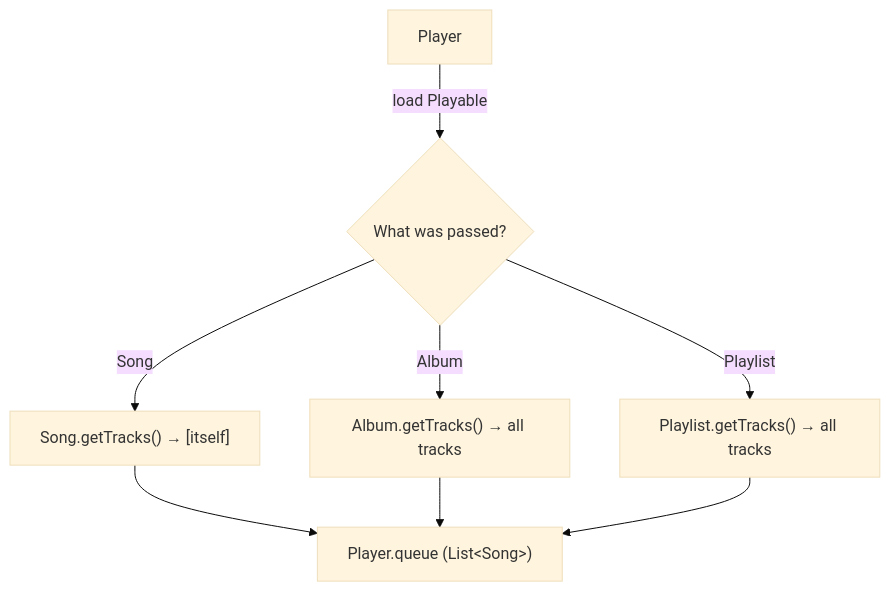
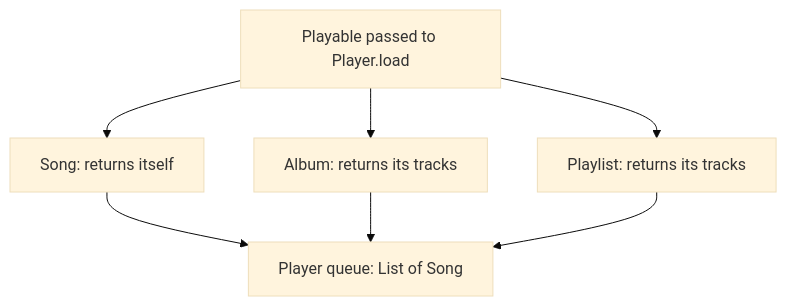
The seventh of 7 diagrams in solutions/java/src/musicstreamingservice/music-streaming-system-lld-interview.md (bhargavtenali/awesome-low-level-design), drawn with Mermaid (base theme) before and after one commit. The commit also changed other lines of this file and 15 other files, not shown here.

````diff
--- a/solutions/java/src/musicstreamingservice/music-streaming-system-lld-interview.md
+++ b/solutions/java/src/musicstreamingservice/music-streaming-system-lld-interview.md
@@ -320,10 +262,9 @@
 ```mermaid
-graph TD
-    Player -->|load Playable| Check{What was passed?}
-    Check -->|Song| Leaf["Song.getTracks() → [itself]"]
-    Check -->|Album| Comp1["Album.getTracks() → all tracks"]
-    Check -->|Playlist| Comp2["Playlist.getTracks() → all tracks"]
-    Leaf --> Queue["Player.queue (List&lt;Song&gt;)"]
-    Comp1 --> Queue
-    Comp2 --> Queue
+flowchart TD
+    Input[Playable passed to Player.load] --> Song[Song: returns itself]
+    Input --> Album[Album: returns its tracks]
+    Input --> Playlist[Playlist: returns its tracks]
+    Song --> Queue[Player queue: List of Song]
+    Album --> Queue
+    Playlist --> Queue
 ```
````
